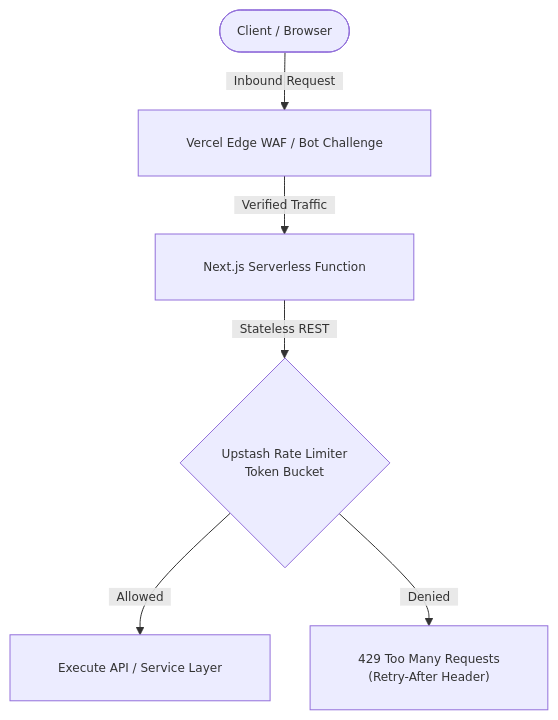
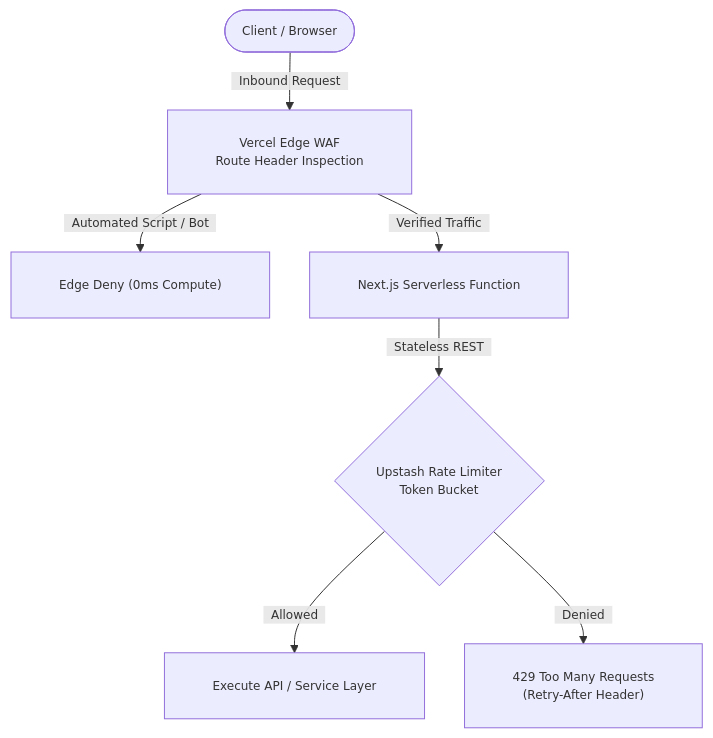
The tenth of 10 diagrams in README.md (Marqlo-C/mailpilot), drawn with Mermaid before and after one commit. The commit also changed other lines of this file and 1 other file, not shown here.

Commit message:
docs(security): document Vercel edge route mitigation and update tech stack

````diff
--- a/README.md
+++ b/README.md
@@ -485,9 +491,10 @@
 ```mermaid
 %%{init: {"themeVariables": {"fontSize": "12px", "fontFamily": "-apple-system, BlinkMacSystemFont, Segoe UI, sans-serif"}, "themeCSS": ".edgeLabel foreignObject { overflow: visible !important; } .edgeLabel span { padding: 0 4px; }", "flowchart": {"padding": 24, "nodeSpacing": 40, "rankSpacing": 40}}}%%
 flowchart TD
-    Client(["Client / Browser"]) -->|"&nbsp;&nbsp;Inbound Request&nbsp;&nbsp;"| WAF["Vercel Edge WAF / Bot Challenge"]
+    Client(["Client / Browser"]) -->|"&nbsp;&nbsp;Inbound Request&nbsp;&nbsp;"| WAF["Vercel Edge WAF<br/>Route Header Inspection"]
+    WAF -->|"&nbsp;&nbsp;Automated Script / Bot&nbsp;&nbsp;"| EdgeDeny["Edge Deny (0ms Compute)"]
     WAF -->|"&nbsp;&nbsp;Verified Traffic&nbsp;&nbsp;"| NextApp["Next.js Serverless Function"]
     NextApp -->|"&nbsp;&nbsp;Stateless REST&nbsp;&nbsp;"| Upstash{"Upstash Rate Limiter<br/>Token Bucket"}
     Upstash -->|"&nbsp;&nbsp;Allowed&nbsp;&nbsp;"| Handler["Execute API / Service Layer"]
     Upstash -->|"&nbsp;&nbsp;Denied&nbsp;&nbsp;"| Resp429["429 Too Many Requests<br/>(Retry-After Header)"]
 ```
````
